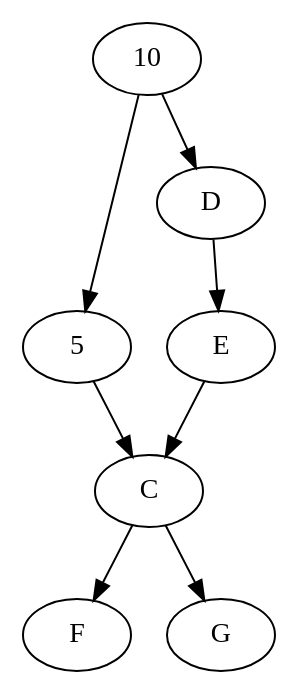
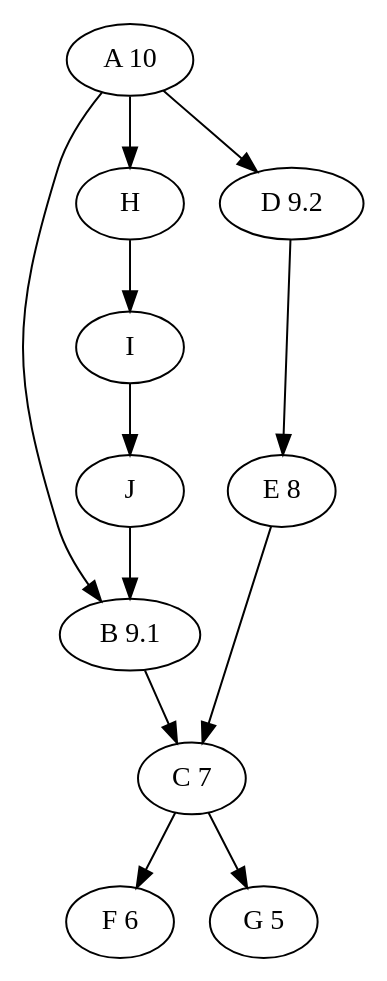
Before and after one commit to cyisfor/story-generator: the diagram in example_commit_tree.dot, drawn with Graphviz.

Commit message:
auto 0 29 201

```diff
--- a/example_commit_tree.dot
+++ b/example_commit_tree.dot
@@ -1,12 +1,23 @@
 digraph log {
-	A [label="10"];
-	B [label="5"];
+	A [label="A 10"];
+	B [label="B 9.1"];
+	D [label="D 9.2"];
+	E [label="E 8"];
+	C [label="C 7"]; // must be less than all upstream
+	F [label="F 6"];
+	G [label="G 5"];
+
 
 	A -> B;
+	A -> D;
+	A -> H;
+	H -> I;
+	I -> J;
+	J -> B;
+	
 	B -> C;
-	A -> D;
 	D -> E;
 	E -> C;
 	C -> F;
 	C -> G;
 }
```
